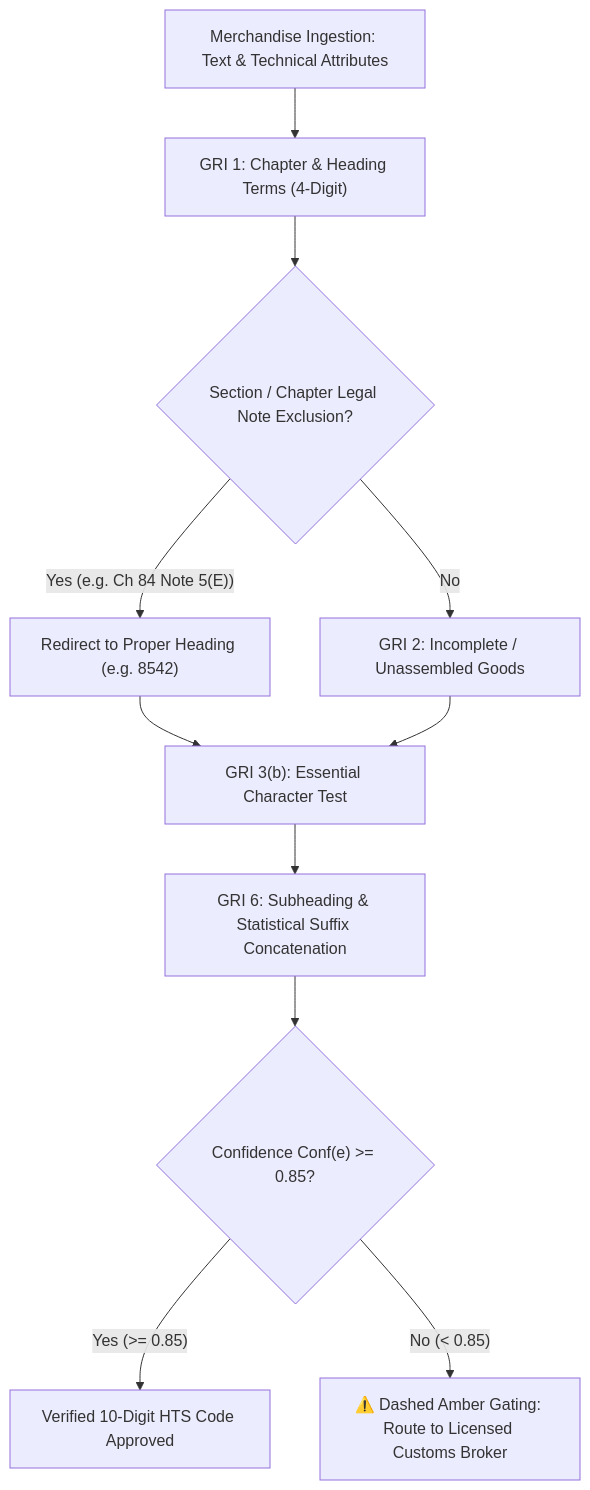
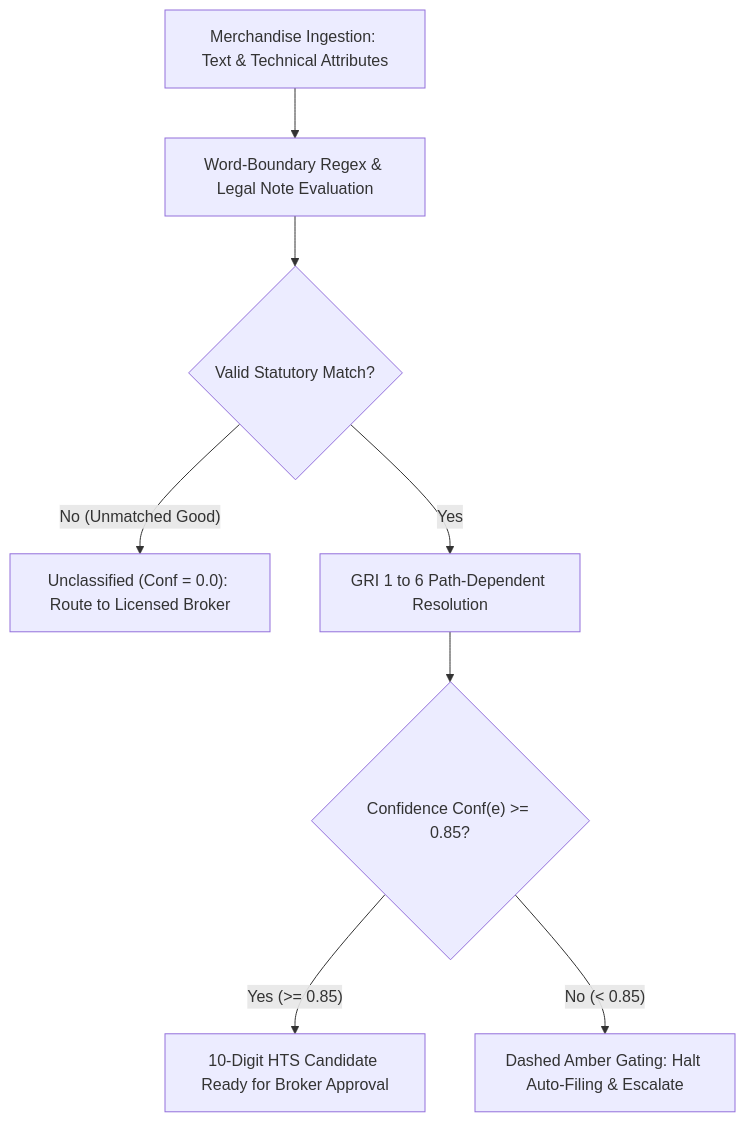
The diagram in docs/TRADETECH_SYSTEMS_ARCHITECTURE_WHITEPAPER.md (Wikusww2/trade-systems-studio), drawn with Mermaid before and after one commit. The commit also changed other lines of this file and 1 other file, not shown here.

Commit message:
docs(whitepaper): upgrade web and markdown whitepapers to v2.0 with 200 tests and fail-closed architecture

````diff
--- a/docs/TRADETECH_SYSTEMS_ARCHITECTURE_WHITEPAPER.md
+++ b/docs/TRADETECH_SYSTEMS_ARCHITECTURE_WHITEPAPER.md
@@ -64,13 +63,10 @@
 ```mermaid
 graph TD
-    Desc["Merchandise Ingestion: Text & Technical Attributes"] --> GRI1["GRI 1: Chapter & Heading Terms (4-Digit)"]
-    GRI1 --> NoteExcl{"Section / Chapter Legal Note Exclusion?"}
-    NoteExcl -->|"Yes (e.g. Ch 84 Note 5(E))"| Redirect["Redirect to Proper Heading (e.g. 8542)"]
-    NoteExcl -->|"No"| GRI2["GRI 2: Incomplete / Unassembled Goods"]
-    Redirect --> GRI3["GRI 3(b): Essential Character Test"]
-    GRI2 --> GRI3
-    GRI3 --> GRI6["GRI 6: Subheading & Statistical Suffix Concatenation"]
-    GRI6 --> ConfCheck{"Confidence Conf(e) >= 0.85?"}
-    ConfCheck -->|"Yes (>= 0.85)"| AutoFiling["Verified 10-Digit HTS Code Approved"]
-    ConfCheck -->|"No (< 0.85)"| AmberGate["⚠️ Dashed Amber Gating: Route to Licensed Customs Broker"]
+    Desc["Merchandise Ingestion: Text & Technical Attributes"] --> Boundary["Word-Boundary Regex & Legal Note Evaluation"]
+    Boundary --> MatchCheck{"Valid Statutory Match?"}
+    MatchCheck -->|"No (Unmatched Good)"| Unclassified["Unclassified (Conf = 0.0): Route to Licensed Broker"]
+    MatchCheck -->|"Yes"| GRI["GRI 1 to 6 Path-Dependent Resolution"]
+    GRI --> ConfCheck{"Confidence Conf(e) >= 0.85?"}
+    ConfCheck -->|"Yes (>= 0.85)"| Verified["10-Digit HTS Candidate Ready for Broker Approval"]
+    ConfCheck -->|"No (< 0.85)"| AmberGate["Dashed Amber Gating: Halt Auto-Filing & Escalate"]
 ```
````
